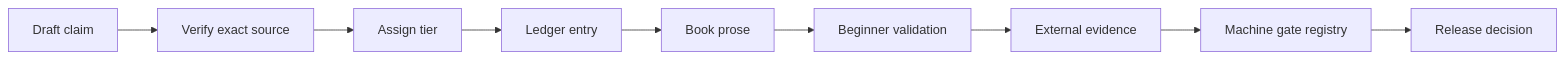
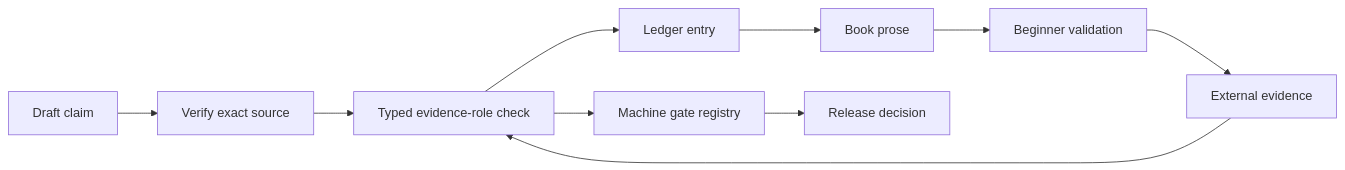
Before and after one commit to streamentry/streamentry: the first of 3 diagrams in book/references/AGENTS.md, drawn with Mermaid. The commit also changed other lines of this file and 32 other files, not shown here.

````diff
--- a/book/references/AGENTS.md
+++ b/book/references/AGENTS.md
@@ -37,8 +38,9 @@
 ```mermaid
 flowchart LR
   C["Draft claim"] --> V["Verify exact source"] --> T["Assign tier"] --> L["Ledger entry"] --> B["Book prose"]
   B --> U["Beginner validation"]
   U --> E["External evidence"]
-  E --> G["Machine gate registry"]
+  E --> T["Typed evidence-role check"]
+  T --> G["Machine gate registry"]
   G --> R["Release decision"]
 ```
````
